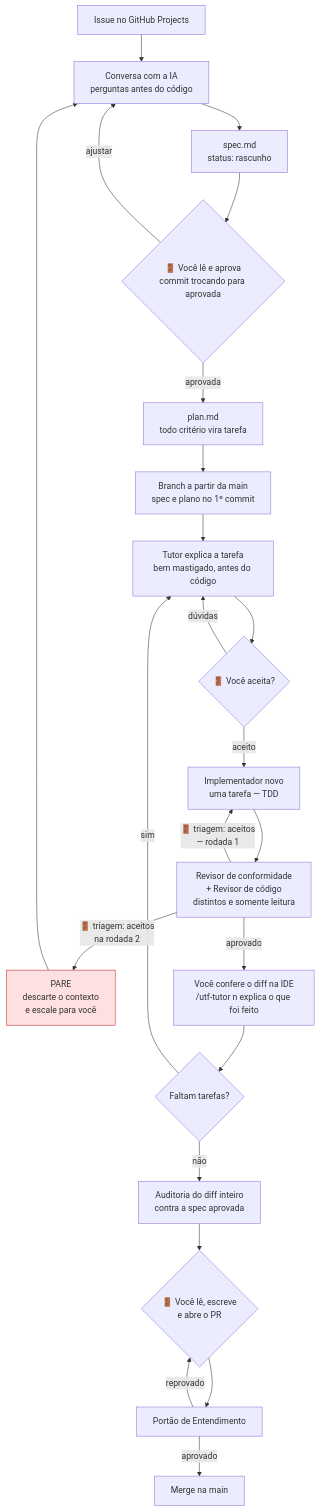
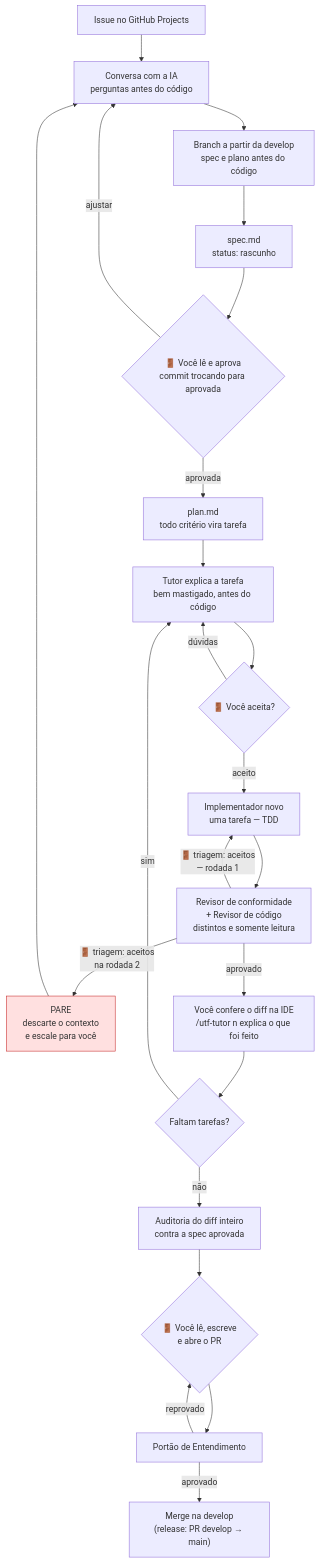
One commit to utfpr-gp/utf-angular-template changed the diagram in docs/guia-sdd.md. Above: the diagram before and after it, drawn with Mermaid. The commit also changed other lines of this file and 16 other files, not shown here.

````diff
--- a/docs/guia-sdd.md
+++ b/docs/guia-sdd.md
@@ -795,27 +808,27 @@
 ```mermaid
 flowchart TD
     A["Issue no GitHub Projects"] --> B["Conversa com a IA<br/>perguntas antes do código"]
-    B --> C["spec.md<br/>status: rascunho"]
+    B --> F["Branch a partir da develop<br/>spec e plano antes do código"]
+    F --> C["spec.md<br/>status: rascunho"]
     C --> D{"🚪 Você lê e aprova<br/>commit trocando para aprovada"}
     D -->|"ajustar"| B
     D -->|"aprovada"| E["plan.md<br/>todo critério vira tarefa"]
-    E --> F["Branch a partir da main<br/>spec e plano no 1º commit"]
-    F --> T["Tutor explica a tarefa<br/>bem mastigado, antes do código"]
+    E --> T["Tutor explica a tarefa<br/>bem mastigado, antes do código"]
     T --> U{"🚪 Você aceita?"}
     U -->|"dúvidas"| T
     U -->|"aceito"| G["Implementador novo<br/>uma tarefa — TDD"]
     G --> H["Revisor de conformidade<br/>+ Revisor de código<br/>distintos e somente leitura"]
     H -->|"🚪 triagem: aceitos<br/>— rodada 1"| G
     H -->|"🚪 triagem: aceitos<br/>na rodada 2"| I["PARE<br/>descarte o contexto<br/>e escale para você"]
     I --> B
     H -->|"aprovado"| J["Você confere o diff na IDE<br/>/utf-tutor n explica o que foi feito"]
     J --> K{"Faltam tarefas?"}
     K -->|"sim"| T
     K -->|"não"| L["Auditoria do diff inteiro<br/>contra a spec aprovada"]
     L --> M{"🚪 Você lê, escreve<br/>e abre o PR"}
     M --> N["Portão de Entendimento"]
     N -->|"reprovado"| M
-    N -->|"aprovado"| O["Merge na main"]
+    N -->|"aprovado"| O["Merge na develop<br/>(release: PR develop → main)"]
 
     style I fill:#ffe0e0,stroke:#c62828
 ```
````
